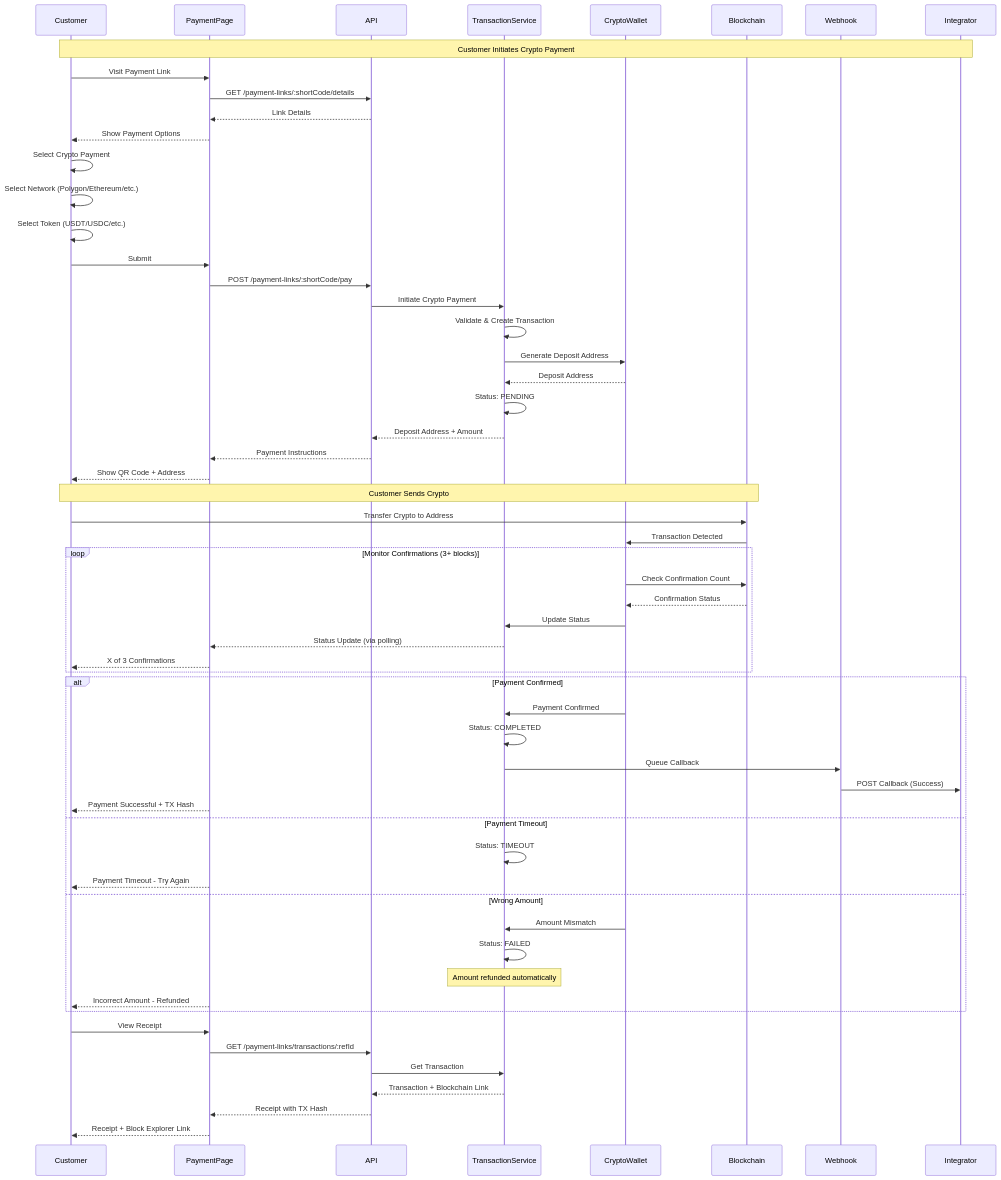
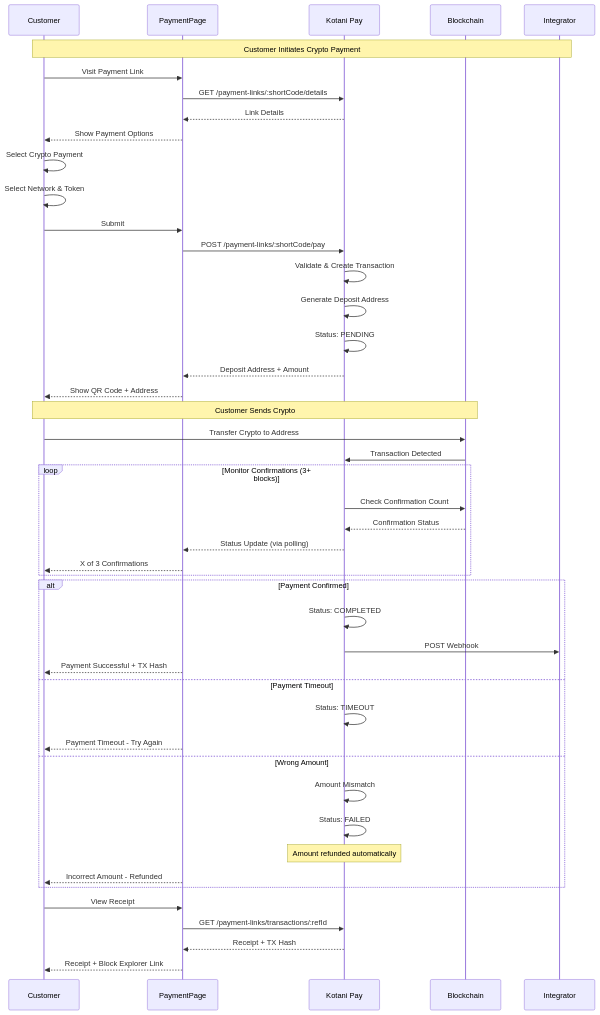
The fourth of 5 diagrams in v3/flows/payment-links-flow.mdx (john-muinde/docs), drawn with Mermaid before and after one commit. The commit also changed other lines of this file and 5 other files, not shown here.

````diff
--- a/v3/flows/payment-links-flow.mdx
+++ b/v3/flows/payment-links-flow.mdx
@@ -369,74 +316,61 @@
 ```mermaid
 sequenceDiagram
     participant Customer
     participant PaymentPage
-    participant API
-    participant TransactionService
-    participant CryptoWallet
+    participant Kotani Pay
     participant Blockchain
-    participant Webhook
     participant Integrator
 
     Note over Customer,Integrator: Customer Initiates Crypto Payment
 
     Customer->>PaymentPage: Visit Payment Link
-    PaymentPage->>API: GET /payment-links/:shortCode/details
-    API-->>PaymentPage: Link Details
+    PaymentPage->>Kotani Pay: GET /payment-links/:shortCode/details
+    Kotani Pay-->>PaymentPage: Link Details
     PaymentPage-->>Customer: Show Payment Options
 
     Customer->>Customer: Select Crypto Payment
-    Customer->>Customer: Select Network (Polygon/Ethereum/etc.)
-    Customer->>Customer: Select Token (USDT/USDC/etc.)
+    Customer->>Customer: Select Network & Token
     Customer->>PaymentPage: Submit
 
-    PaymentPage->>API: POST /payment-links/:shortCode/pay
-    API->>TransactionService: Initiate Crypto Payment
-
-    TransactionService->>TransactionService: Validate & Create Transaction
-    TransactionService->>CryptoWallet: Generate Deposit Address
-    CryptoWallet-->>TransactionService: Deposit Address
-    TransactionService->>TransactionService: Status: PENDING
-    TransactionService-->>API: Deposit Address + Amount
-    API-->>PaymentPage: Payment Instructions
+    PaymentPage->>Kotani Pay: POST /payment-links/:shortCode/pay
+    Kotani Pay->>Kotani Pay: Validate & Create Transaction
+    Kotani Pay->>Kotani Pay: Generate Deposit Address
+    Kotani Pay->>Kotani Pay: Status: PENDING
+    Kotani Pay-->>PaymentPage: Deposit Address + Amount
 
     PaymentPage-->>Customer: Show QR Code + Address
 
     Note over Customer,Blockchain: Customer Sends Crypto
 
     Customer->>Blockchain: Transfer Crypto to Address
-    Blockchain->>CryptoWallet: Transaction Detected
+    Blockchain->>Kotani Pay: Transaction Detected
 
     loop Monitor Confirmations (3+ blocks)
-        CryptoWallet->>Blockchain: Check Confirmation Count
-        Blockchain-->>CryptoWallet: Confirmation Status
-        CryptoWallet->>TransactionService: Update Status
-        TransactionService-->>PaymentPage: Status Update (via polling)
+        Kotani Pay->>Blockchain: Check Confirmation Count
+        Blockchain-->>Kotani Pay: Confirmation Status
+        Kotani Pay-->>PaymentPage: Status Update (via polling)
         PaymentPage-->>Customer: X of 3 Confirmations
     end
 
     alt Payment Confirmed
-        CryptoWallet->>TransactionService: Payment Confirmed
-        TransactionService->>TransactionService: Status: COMPLETED
-        TransactionService->>Webhook: Queue Callback
-        Webhook->>Integrator: POST Callback (Success)
+        Kotani Pay->>Kotani Pay: Status: COMPLETED
+        Kotani Pay->>Integrator: POST Webhook
 
         PaymentPage-->>Customer: Payment Successful + TX Hash
 
     else Payment Timeout
-        TransactionService->>TransactionService: Status: TIMEOUT
+        Kotani Pay->>Kotani Pay: Status: TIMEOUT
         PaymentPage-->>Customer: Payment Timeout - Try Again
 
     else Wrong Amount
-        CryptoWallet->>TransactionService: Amount Mismatch
-        TransactionService->>TransactionService: Status: FAILED
-        Note over TransactionService: Amount refunded automatically
+        Kotani Pay->>Kotani Pay: Amount Mismatch
+        Kotani Pay->>Kotani Pay: Status: FAILED
+        Note over Kotani Pay: Amount refunded automatically
         PaymentPage-->>Customer: Incorrect Amount - Refunded
     end
 
     Customer->>PaymentPage: View Receipt
-    PaymentPage->>API: GET /payment-links/transactions/:refId
-    API->>TransactionService: Get Transaction
-    TransactionService-->>API: Transaction + Blockchain Link
-    API-->>PaymentPage: Receipt with TX Hash
+    PaymentPage->>Kotani Pay: GET /payment-links/transactions/:refId
+    Kotani Pay-->>PaymentPage: Receipt + TX Hash
     PaymentPage-->>Customer: Receipt + Block Explorer Link
 ```
````
